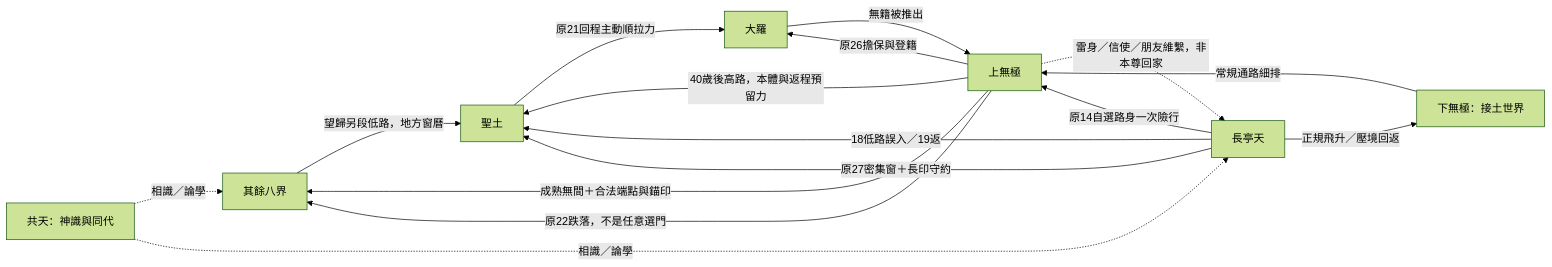
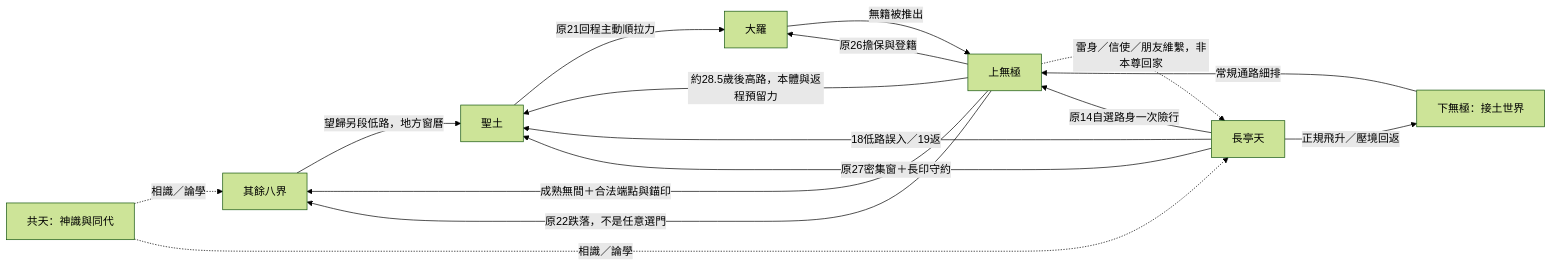
One commit to LarryTsai/jie changed the diagram in 大綱/Phase2_後半部開荒/世界開放與往返矩陣.md. Above: the diagram before and after it, drawn with Mermaid (forest theme). The commit also changed other lines of this file and 51 other files, not shown here.

First line of the commit message:
sync compressed timeline and gates-and-walls rule across canon (D128)

````diff
--- a/大綱/Phase2_後半部開荒/世界開放與往返矩陣.md
+++ b/大綱/Phase2_後半部開荒/世界開放與往返矩陣.md
@@ -55,18 +57,18 @@
 ```mermaid
 flowchart LR
  CT[共天：神識與同代] -. 相識／論學 .-> NJ[其餘八界]
  CT -. 相識／論學 .-> LT[長亭天]
  LT -->|正規飛升／壓境回返| LW[下無極：接土世界]
  LW -->|常規通路細排| UW[上無極]
  LT -->|原14自選路身一次險行| UW
  UW -->|成熟無間＋合法端點與錨印| NJ
  LT -->|18低路誤入／19返| ST[聖土]
  NJ -->|望歸另段低路，地方窗曆| ST
- UW -->|40歲後高路，本體與返程預留力| ST
+ UW -->|約28.5歲後高路，本體與返程預留力| ST
  ST -->|原21回程主動順拉力| DL[大羅]
  DL -->|無籍被推出| UW
  UW -->|原26擔保與登籍| DL
  UW -->|原22跌落，不是任意選門| NJ
  UW -. 雷身／信使／朋友維繫，非本尊回家 .-> LT
  LT -->|原27密集窗＋長印守約| ST
 ```
````
